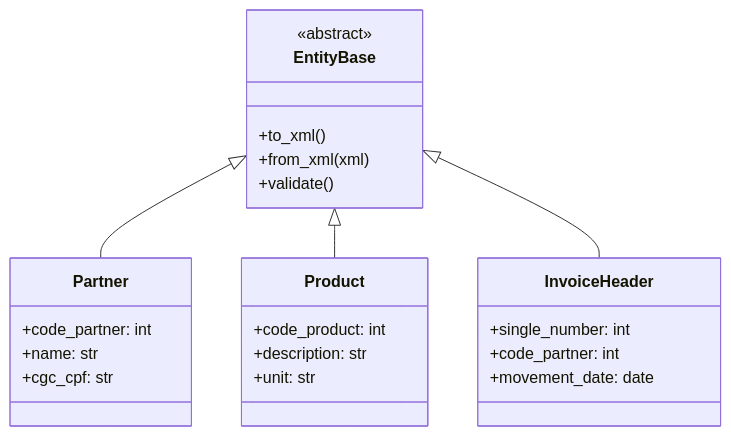
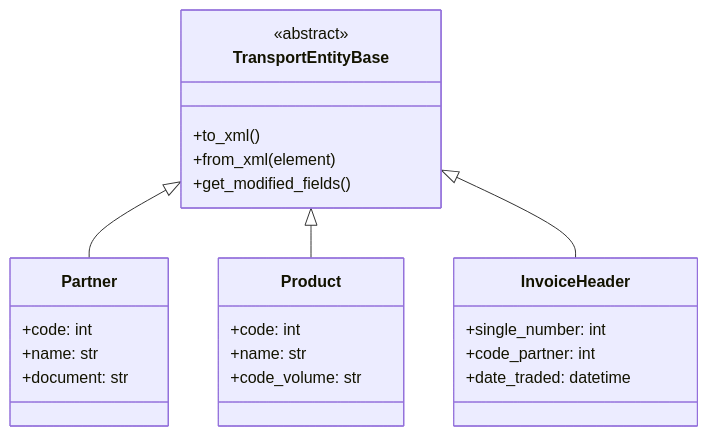
One commit to ssmvictor/Sankhya-SDK-python changed the third of 5 diagrams in docs/core-concepts/architecture.md. Above: the diagram before and after it, drawn with Mermaid. The commit also changed other lines of this file, not shown here.

````diff
--- a/docs/core-concepts/architecture.md
+++ b/docs/core-concepts/architecture.md
@@ -135,31 +147,31 @@
 ```mermaid
 classDiagram
-    class EntityBase {
+    class TransportEntityBase {
         <<abstract>>
         +to_xml()
-        +from_xml(xml)
-        +validate()
+        +from_xml(element)
+        +get_modified_fields()
     }
-    
+
     class Partner {
-        +code_partner: int
+        +code: int
         +name: str
-        +cgc_cpf: str
+        +document: str
     }
-    
+
     class Product {
-        +code_product: int
-        +description: str
-        +unit: str
+        +code: int
+        +name: str
+        +code_volume: str
     }
-    
+
     class InvoiceHeader {
         +single_number: int
         +code_partner: int
-        +movement_date: date
+        +date_traded: datetime
     }
-    
-    EntityBase <|-- Partner
-    EntityBase <|-- Product
-    EntityBase <|-- InvoiceHeader
+
+    TransportEntityBase <|-- Partner
+    TransportEntityBase <|-- Product
+    TransportEntityBase <|-- InvoiceHeader
 ```
````
